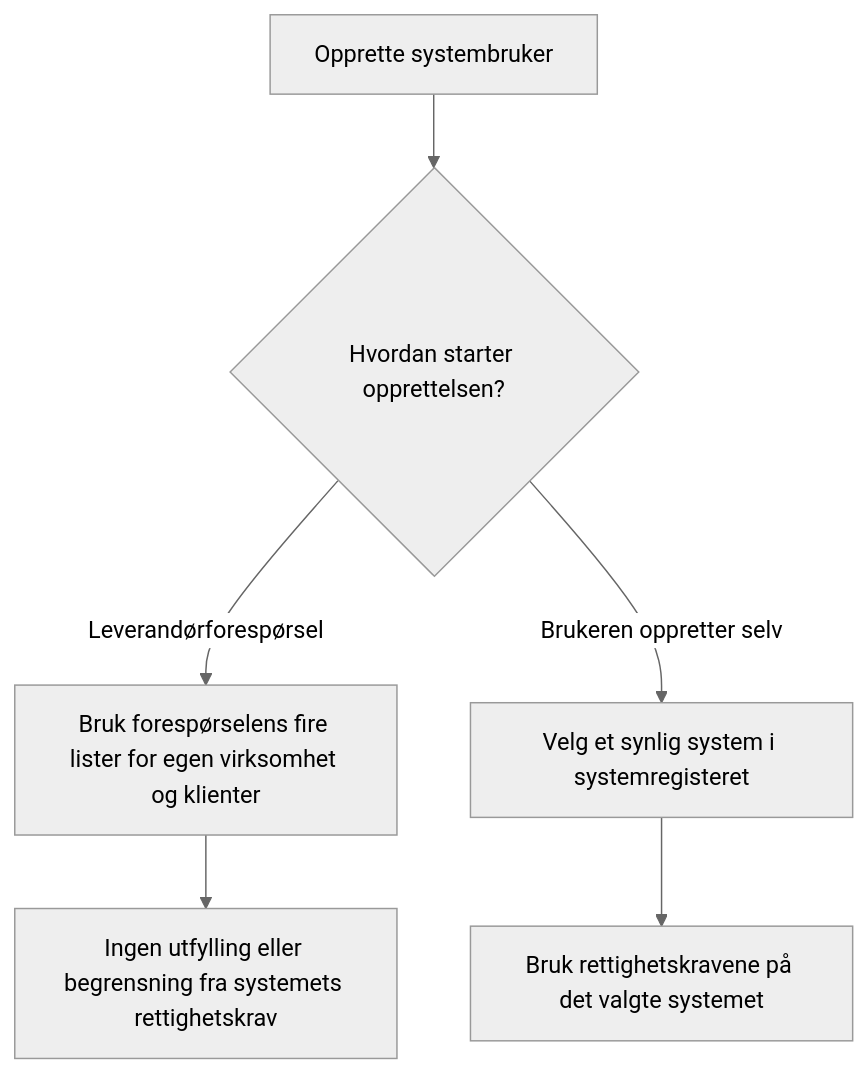
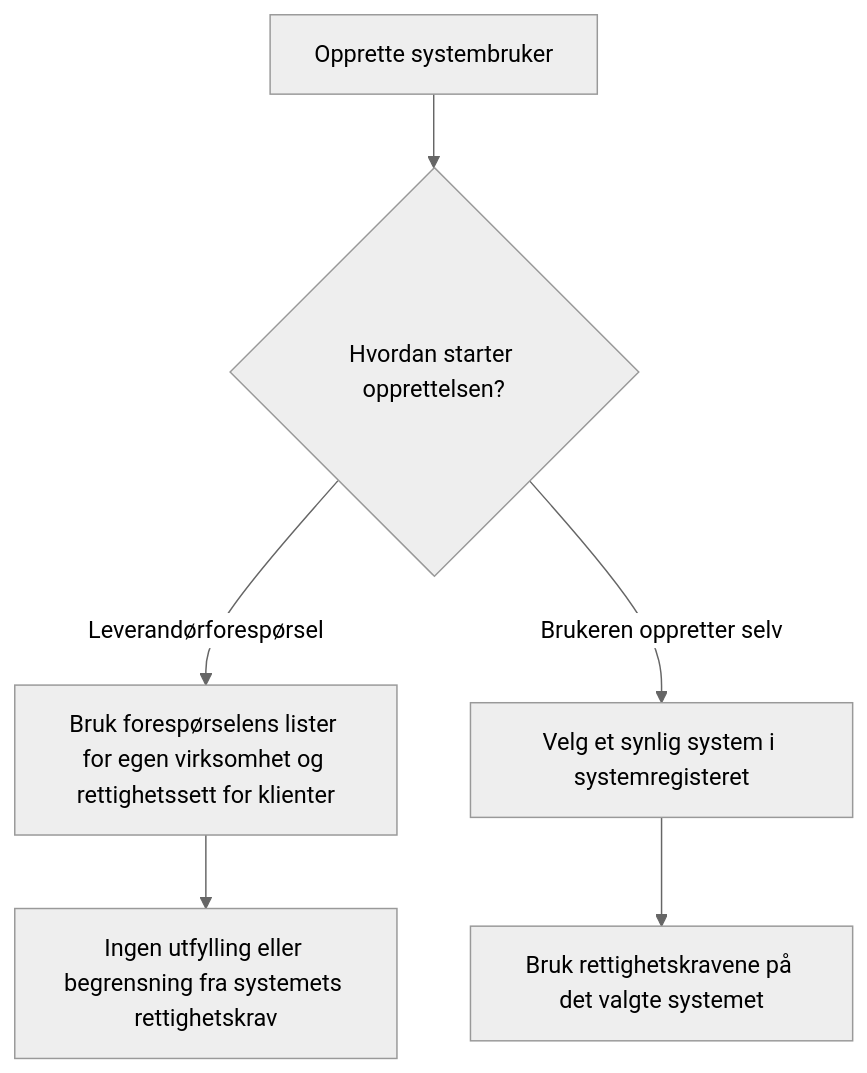
The first of 6 diagrams in content/authorization/guides/system-vendor/system-user/beslutningstre.nb.md (Altinn/altinn-studio-docs), drawn with Mermaid (neutral theme) before and after one commit. The commit also changed other lines of this file and 2 other files, not shown here.

```diff
--- a/content/authorization/guides/system-vendor/system-user/beslutningstre.nb.md
+++ b/content/authorization/guides/system-vendor/system-user/beslutningstre.nb.md
@@ -18,8 +18,8 @@
 {{< mermaid >}}
 graph TD
   START["Opprette systembruker"] --> FLOW{"Hvordan starter opprettelsen?"}
-  FLOW -->|Leverandørforespørsel| REQUESTLISTS["Bruk forespørselens fire lister for egen virksomhet og klienter"]
+  FLOW -->|Leverandørforespørsel| REQUESTLISTS["Bruk forespørselens lister for egen virksomhet og rettighetssett for klienter"]
   REQUESTLISTS --> INDEPENDENT["Ingen utfylling eller begrensning fra systemets rettighetskrav"]
   FLOW -->|Brukeren oppretter selv| VISIBLE["Velg et synlig system i systemregisteret"]
   VISIBLE --> REGISTERLISTS["Bruk rettighetskravene på det valgte systemet"]
 {{< /mermaid >}}
```
